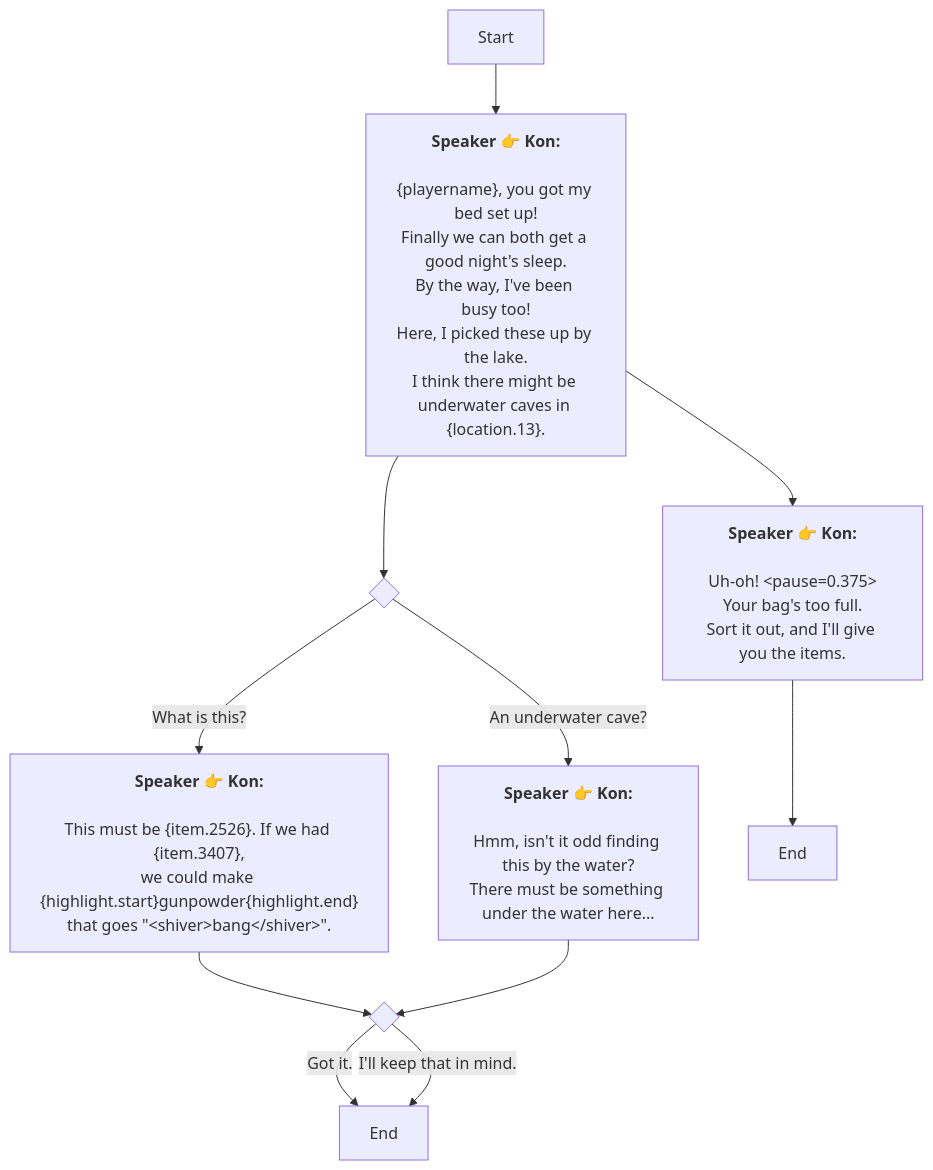
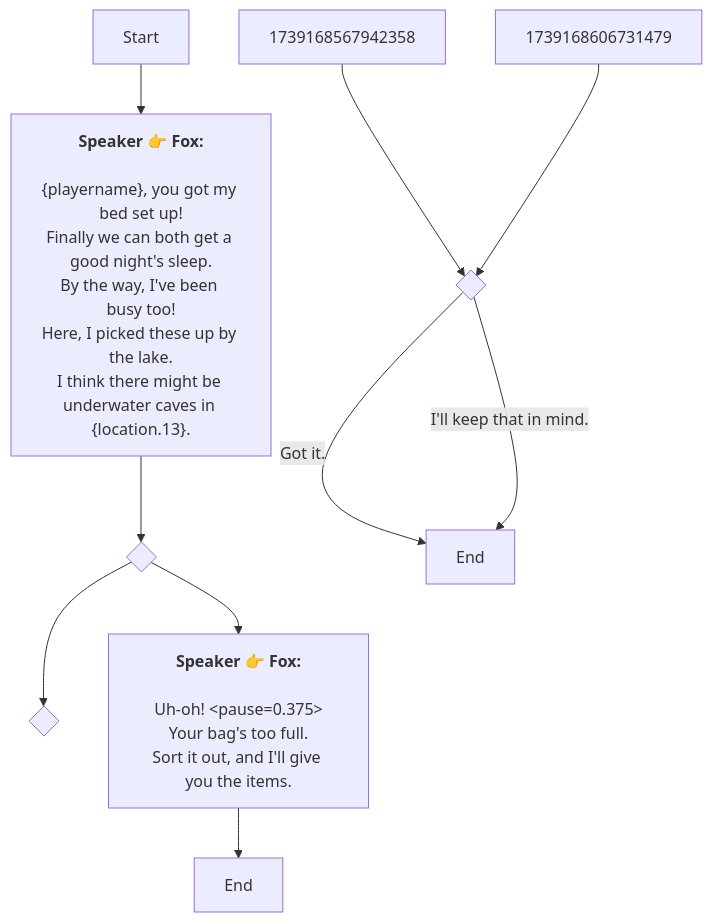
The diagram in En/QuestTalkObjectiveNode_1739167235783881.md (SoftHu/tos_avg), drawn with Mermaid before and after one commit. The commit also changed 737 other files, not shown here.

````diff
--- a/En/QuestTalkObjectiveNode_1739167235783881.md
+++ b/En/QuestTalkObjectiveNode_1739167235783881.md
@@ -1,31 +1,20 @@
 ```mermaid
 graph
-Start -->1739167465258188[<b>Speaker 👉 Kon:</b>
-
-&lbrace;playername&rbrace;, you got my bed set up!
-Finally we can both get a good night's sleep.
-By the way, I've been busy too!
+Start -->1739167465258188[<b>Speaker 👉 Fox:</b>
+\n&lbrace;playername&rbrace;, you got my bed set up!
+Finally we can both get a good night's sleep.\nBy the way, I've been busy too!
 Here, I picked these up by the lake.
 I think there might be underwater caves in &lbrace;location.13&rbrace;.]
-1739167465258188 -->1739167754644685{ }
-1739167465258188 -->1739167865699535[<b>Speaker 👉 Kon:</b>
-
-Uh-oh! &lt;pause=0.375&gt;
+1739167465258188 -->1739167841542350{ }
+1739167841542350 -->1739167754644685{ }
+1739167841542350 -->1739167865699535[<b>Speaker 👉 Fox:</b>
+\nUh-oh! &lt;pause=0.375&gt;
 Your bag's too full.
 Sort it out, and I'll give you the items.]
-1739167754644685 -->|What is this?|1739168567942358[<b>Speaker 👉 Kon:</b>
+1739168567942358 -->434792141985589{ }
+1739168606731479 -->434792141985589{ }
+1739167865699535 -->1739167896556752[End]
+434792141985589 -->|Got it.|1739167901405393[End]
+434792141985589 -->|I'll keep that in mind.|1739167901405393[End]
 
-This must be &lbrace;item.2526&rbrace;. If we had &lbrace;item.3407&rbrace;,
-we could make &lbrace;highlight.start&rbrace;gunpowder&lbrace;highlight.end&rbrace;
-that goes &quot;&lt;shiver&gt;bang&lt;/shiver&gt;&quot;.]
-1739167754644685 -->|An underwater cave?|1739168606731479[<b>Speaker 👉 Kon:</b>
-
-Hmm, isn't it odd finding this by the water?
-There must be something under the water here...]
-1739168567942358 -->1739168657315032{ }
-1739168657315032 -->|Got it.|1739167901405393[End]
-1739168657315032 -->|I'll keep that in mind.|1739167901405393[End]
-1739168606731479 -->1739168657315032{ }
-1739167865699535 -->1739167896556752[End]
-
- ```
+```
````
